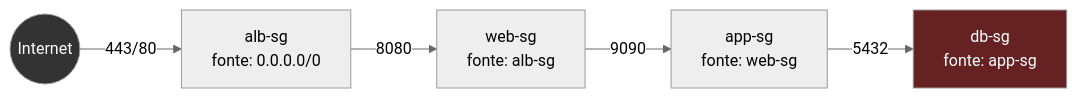
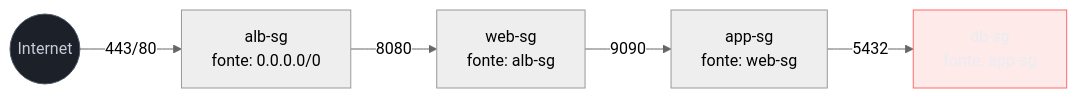
The first of 3 diagrams in 03-Dominios/Tecnologia/Cloud/07 - Rede na nuvem (VPC)/06 - Desenhando uma rede segura de ponta a ponta.md (josenaldo/codex-technomanticus), drawn with Mermaid (neutral theme) before and after one commit. The commit also changed other lines of this file and 1181 other files, not shown here.

First line of the commit message:
fix(diagramas): paleta do sistema no lugar de cor cravada no markdown

````diff
--- a/03-Dominios/Tecnologia/Cloud/07 - Rede na nuvem (VPC)/06 - Desenhando uma rede segura de ponta a ponta.md
+++ b/03-Dominios/Tecnologia/Cloud/07 - Rede na nuvem (VPC)/06 - Desenhando uma rede segura de ponta a ponta.md
@@ -176,10 +176,12 @@
 ```mermaid
 flowchart LR
+    classDef neutro fill:#1B2029,stroke:#4E5666,color:#C6CCD8
+    classDef falha fill:#FF6B6B24,stroke:#FF6B6B,color:#E9ECF2
     Internet(("Internet")) -->|"443/80"| ALBSG["alb-sg<br/>fonte: 0.0.0.0/0"]
     ALBSG -->|"8080"| WebSG["web-sg<br/>fonte: alb-sg"]
     WebSG -->|"9090"| AppSG["app-sg<br/>fonte: web-sg"]
     AppSG -->|"5432"| DbSG["db-sg<br/>fonte: app-sg"]
 
-    style Internet fill:#333,color:#fff
-    style DbSG fill:#622,color:#fff
+    class Internet neutro
+    class DbSG falha
 ```
````
